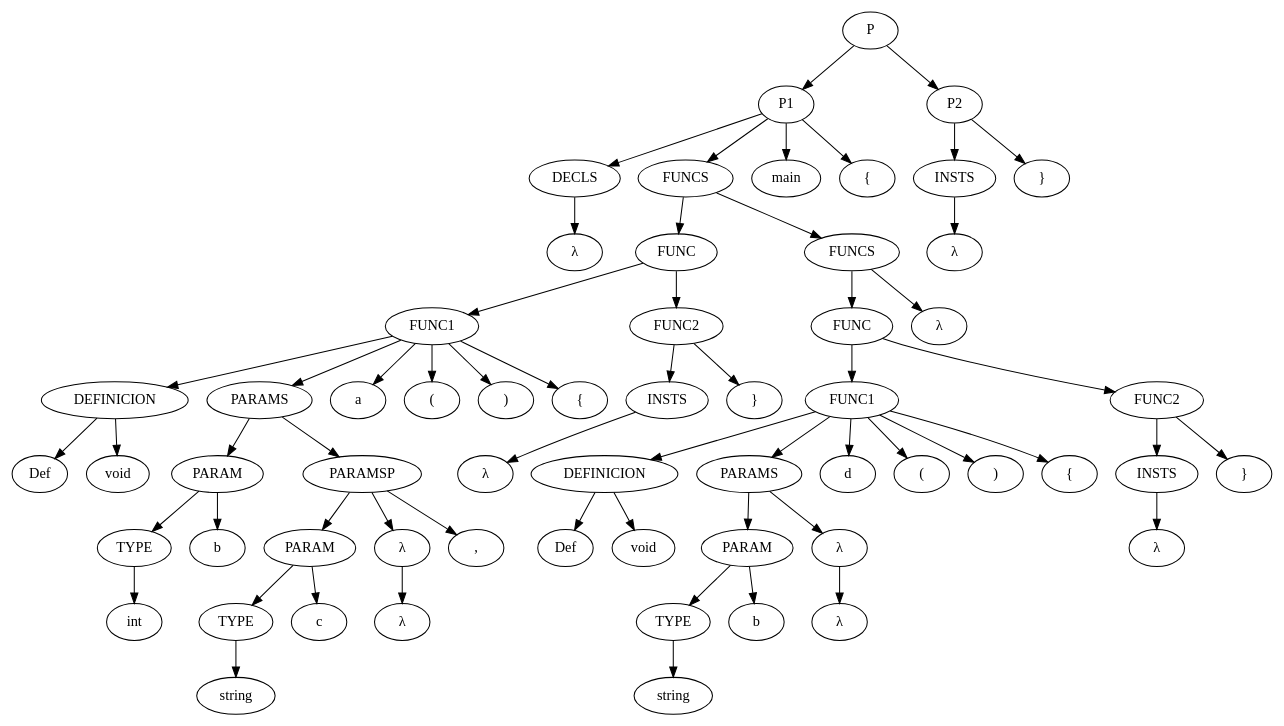
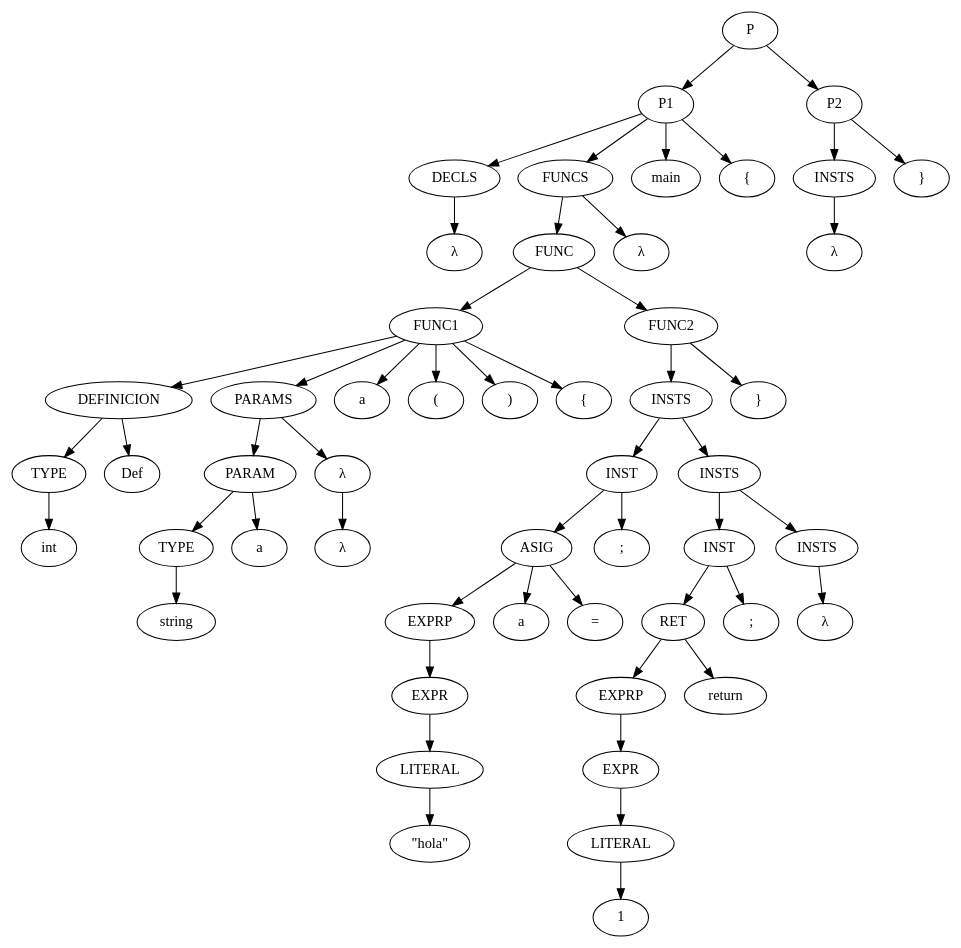
Before and after one commit to TomeuRamis/Csar: the diagram in output/Arbol sintactico.dot, drawn with Graphviz. The commit also changed 12 other files, not shown here.

```diff
--- a/output/Arbol sintactico.dot
+++ b/output/Arbol sintactico.dot
@@ -1,119 +1,105 @@
 strict digraph G {
-  s0 [ label="DECLS" ];
-  s1 [ label="λ" ];
-  s2 [ label="DEFINICION" ];
-  s3 [ label="Def" ];
-  s4 [ label="void" ];
-  s5 [ label="TYPE" ];
-  s6 [ label="int" ];
-  s7 [ label="PARAM" ];
-  s8 [ label="b" ];
-  s9 [ label="TYPE" ];
-  s10 [ label="string" ];
-  s11 [ label="PARAM" ];
-  s12 [ label="c" ];
-  s13 [ label="λ" ];
-  s14 [ label="λ" ];
-  s15 [ label="PARAMSP" ];
-  s16 [ label="," ];
-  s17 [ label="PARAMS" ];
-  s18 [ label="FUNC1" ];
-  s19 [ label="a" ];
-  s20 [ label="(" ];
-  s21 [ label=")" ];
-  s22 [ label="{" ];
-  s23 [ label="INSTS" ];
-  s24 [ label="λ" ];
-  s25 [ label="FUNC2" ];
-  s26 [ label="}" ];
-  s27 [ label="FUNC" ];
-  s28 [ label="DEFINICION" ];
-  s29 [ label="Def" ];
-  s30 [ label="void" ];
-  s31 [ label="TYPE" ];
-  s32 [ label="string" ];
-  s33 [ label="PARAM" ];
-  s34 [ label="b" ];
-  s35 [ label="λ" ];
-  s36 [ label="λ" ];
-  s37 [ label="PARAMS" ];
-  s38 [ label="FUNC1" ];
-  s39 [ label="d" ];
-  s40 [ label="(" ];
-  s41 [ label=")" ];
-  s42 [ label="{" ];
-  s43 [ label="INSTS" ];
-  s44 [ label="λ" ];
-  s45 [ label="FUNC2" ];
-  s46 [ label="}" ];
-  s47 [ label="FUNC" ];
-  s48 [ label="λ" ];
-  s49 [ label="FUNCS" ];
-  s50 [ label="FUNCS" ];
-  s51 [ label="P1" ];
-  s52 [ label="main" ];
-  s53 [ label="{" ];
-  s54 [ label="INSTS" ];
-  s55 [ label="λ" ];
-  s56 [ label="P2" ];
-  s57 [ label="}" ];
-  s58 [ label="P" ];
-  s0 -> s1;
-  s2 -> s3;
-  s2 -> s4;
-  s5 -> s6;
-  s7 -> s5;
-  s7 -> s8;
-  s9 -> s10;
-  s11 -> s9;
-  s11 -> s12;
-  s13 -> s14;
-  s15 -> s16;
-  s15 -> s11;
-  s15 -> s13;
-  s17 -> s7;
-  s17 -> s15;
-  s18 -> s2;
-  s18 -> s19;
-  s18 -> s20;
-  s18 -> s17;
-  s18 -> s21;
-  s18 -> s22;
-  s23 -> s24;
-  s25 -> s23;
-  s25 -> s26;
-  s27 -> s18;
-  s27 -> s25;
-  s28 -> s29;
-  s28 -> s30;
-  s31 -> s32;
-  s33 -> s31;
-  s33 -> s34;
-  s35 -> s36;
-  s37 -> s33;
-  s37 -> s35;
-  s38 -> s28;
-  s38 -> s39;
-  s38 -> s40;
-  s38 -> s37;
-  s38 -> s41;
-  s38 -> s42;
-  s43 -> s44;
-  s45 -> s43;
-  s45 -> s46;
-  s47 -> s38;
-  s47 -> s45;
-  s49 -> s47;
-  s49 -> s48;
-  s50 -> s27;
-  s50 -> s49;
-  s51 -> s0;
-  s51 -> s50;
-  s51 -> s52;
-  s51 -> s53;
-  s54 -> s55;
-  s56 -> s54;
-  s56 -> s57;
-  s58 -> s51;
-  s58 -> s56;
+  s363 [ label="DECLS" ];
+  s364 [ label="λ" ];
+  s365 [ label="TYPE" ];
+  s366 [ label="int" ];
+  s367 [ label="DEFINICION" ];
+  s368 [ label="Def" ];
+  s369 [ label="TYPE" ];
+  s370 [ label="string" ];
+  s371 [ label="PARAM" ];
+  s372 [ label="a" ];
+  s373 [ label="λ" ];
+  s374 [ label="λ" ];
+  s375 [ label="PARAMS" ];
+  s376 [ label="FUNC1" ];
+  s377 [ label="a" ];
+  s378 [ label="(" ];
+  s379 [ label=")" ];
+  s380 [ label="{" ];
+  s381 [ label="LITERAL" ];
+  s382 [ label="\"hola\"" ];
+  s383 [ label="EXPR" ];
+  s384 [ label="EXPRP" ];
+  s385 [ label="ASIG" ];
+  s386 [ label="a" ];
+  s387 [ label="=" ];
+  s388 [ label="INST" ];
+  s389 [ label=";" ];
+  s390 [ label="LITERAL" ];
+  s391 [ label="1" ];
+  s392 [ label="EXPR" ];
+  s393 [ label="EXPRP" ];
+  s394 [ label="RET" ];
+  s395 [ label="return" ];
+  s396 [ label="INST" ];
+  s397 [ label=";" ];
+  s398 [ label="INSTS" ];
+  s399 [ label="λ" ];
+  s400 [ label="INSTS" ];
+  s401 [ label="INSTS" ];
+  s402 [ label="FUNC2" ];
+  s403 [ label="}" ];
+  s404 [ label="FUNC" ];
+  s405 [ label="λ" ];
+  s406 [ label="FUNCS" ];
+  s407 [ label="P1" ];
+  s408 [ label="main" ];
+  s409 [ label="{" ];
+  s410 [ label="INSTS" ];
+  s411 [ label="λ" ];
+  s412 [ label="P2" ];
+  s413 [ label="}" ];
+  s414 [ label="P" ];
+  s363 -> s364;
+  s365 -> s366;
+  s367 -> s368;
+  s367 -> s365;
+  s369 -> s370;
+  s371 -> s369;
+  s371 -> s372;
+  s373 -> s374;
+  s375 -> s371;
+  s375 -> s373;
+  s376 -> s367;
+  s376 -> s377;
+  s376 -> s378;
+  s376 -> s375;
+  s376 -> s379;
+  s376 -> s380;
+  s381 -> s382;
+  s383 -> s381;
+  s384 -> s383;
+  s385 -> s386;
+  s385 -> s387;
+  s385 -> s384;
+  s388 -> s385;
+  s388 -> s389;
+  s390 -> s391;
+  s392 -> s390;
+  s393 -> s392;
+  s394 -> s395;
+  s394 -> s393;
+  s396 -> s394;
+  s396 -> s397;
+  s398 -> s399;
+  s400 -> s396;
+  s400 -> s398;
+  s401 -> s388;
+  s401 -> s400;
+  s402 -> s401;
+  s402 -> s403;
+  s404 -> s376;
+  s404 -> s402;
+  s406 -> s404;
+  s406 -> s405;
+  s407 -> s363;
+  s407 -> s406;
+  s407 -> s408;
+  s407 -> s409;
+  s410 -> s411;
+  s412 -> s410;
+  s412 -> s413;
+  s414 -> s407;
+  s414 -> s412;
 }
```
